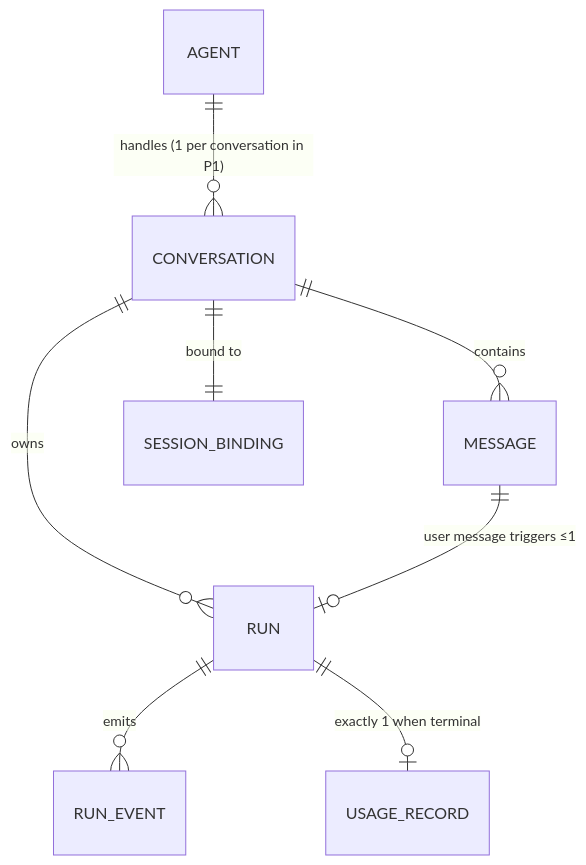
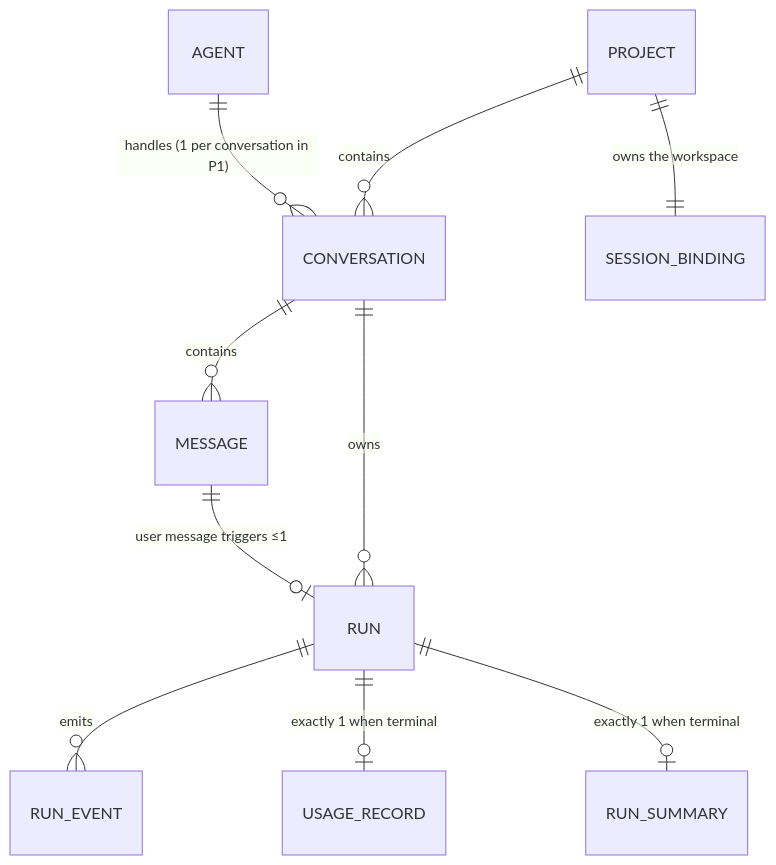
The diagram in docs/06-domain-model.md (gatof81/agenthub), drawn with Mermaid before and after one commit. The commit also changed other lines of this file and 12 other files, not shown here.

First line of the commit message:
docs: project-centric pivot — ADR-005, RunSummary, role-based agents (#15)

````diff
--- a/docs/06-domain-model.md
+++ b/docs/06-domain-model.md
@@ -13,10 +13,12 @@
 ```mermaid
 erDiagram
+    PROJECT ||--o{ CONVERSATION : contains
+    PROJECT ||--|| SESSION_BINDING : "owns the workspace"
     AGENT ||--o{ CONVERSATION : "handles (1 per conversation in P1)"
     CONVERSATION ||--o{ MESSAGE : contains
     CONVERSATION ||--o{ RUN : owns
     MESSAGE ||--o| RUN : "user message triggers ≤1"
     RUN ||--o{ RUN_EVENT : emits
     RUN ||--o| USAGE_RECORD : "exactly 1 when terminal"
-    CONVERSATION ||--|| SESSION_BINDING : "bound to"
+    RUN ||--o| RUN_SUMMARY : "exactly 1 when terminal"
 ```
````
